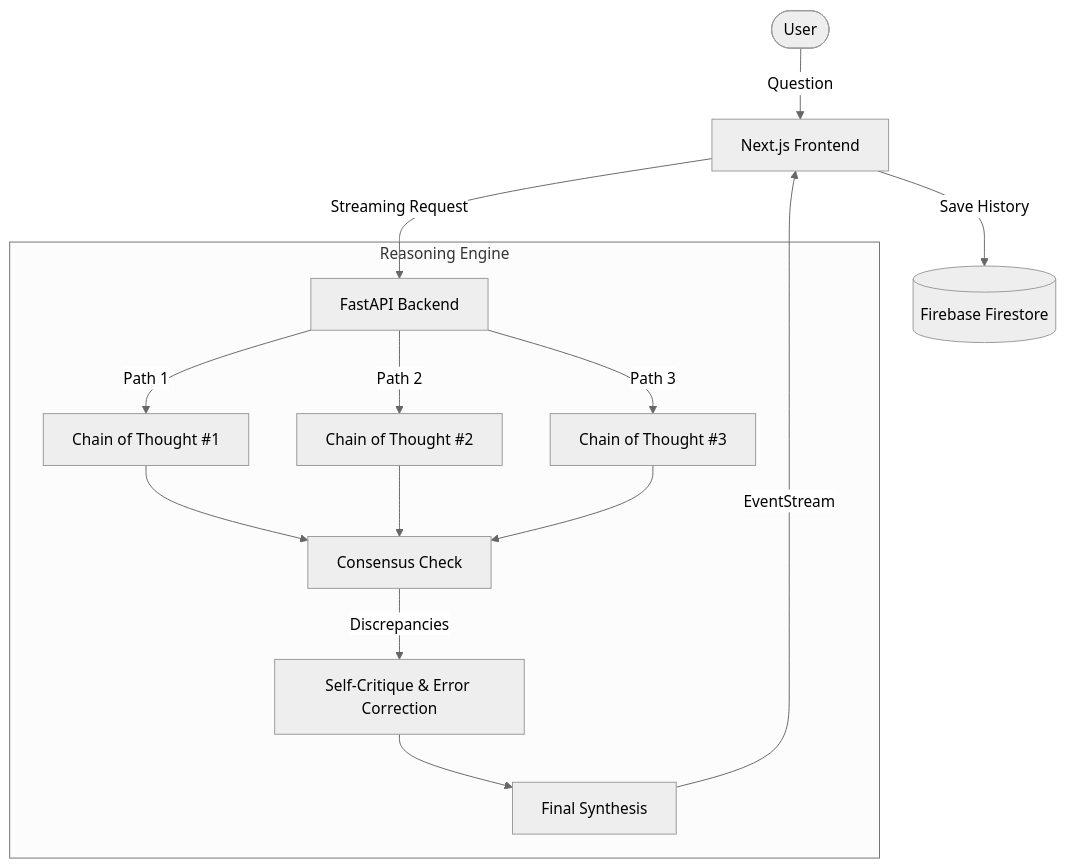
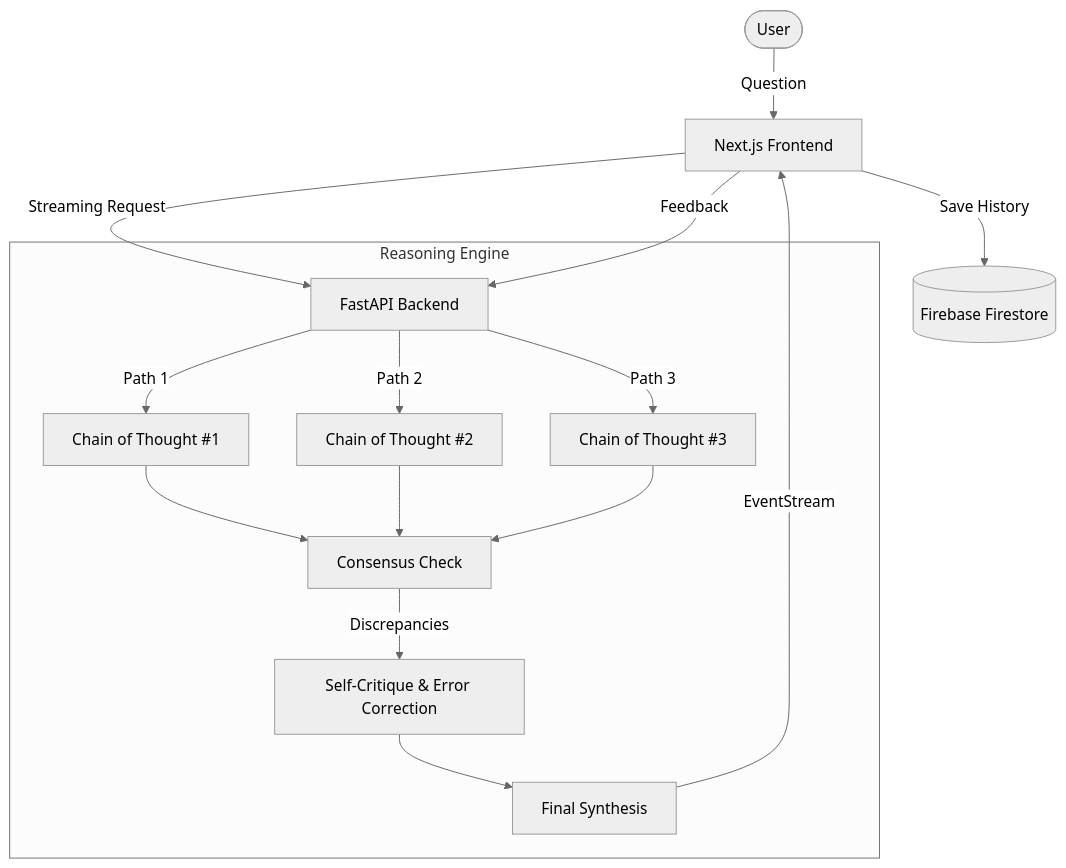
One commit to DevangV3115/Mini-Project-4th-sem changed the diagram in README.md. Above: the diagram before and after it, drawn with Mermaid (neutral theme). The commit also changed other lines of this file, not shown here.

````diff
--- a/README.md
+++ b/README.md
@@ -27,15 +28,16 @@
 ```mermaid
 graph TD
     User([User]) -->|Question| FE[Next.js Frontend]
     FE -->|Streaming Request| BE[FastAPI Backend]
     subgraph Reasoning Engine
         BE -->|Path 1| LLM1[Chain of Thought #1]
         BE -->|Path 2| LLM2[Chain of Thought #2]
         BE -->|Path 3| LLM3[Chain of Thought #3]
         LLM1 & LLM2 & LLM3 --> Cons[Consensus Check]
         Cons -->|Discrepancies| Crit[Self-Critique & Error Correction]
         Crit --> Final[Final Synthesis]
     end
     Final -->|EventStream| FE
     FE -->|Save History| DB[(Firebase Firestore)]
+    FE -->|Feedback| BE
 ```
````
